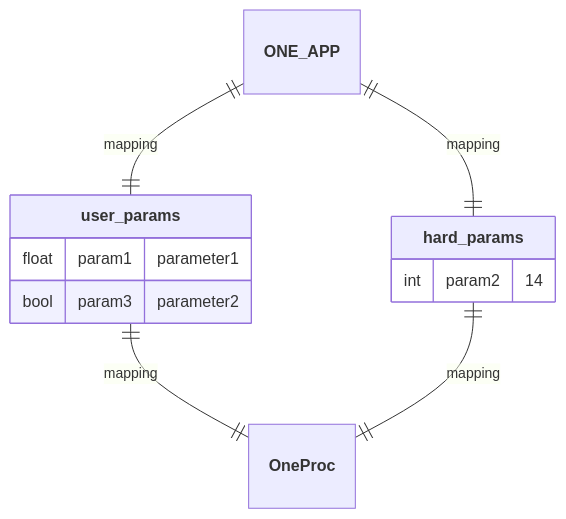
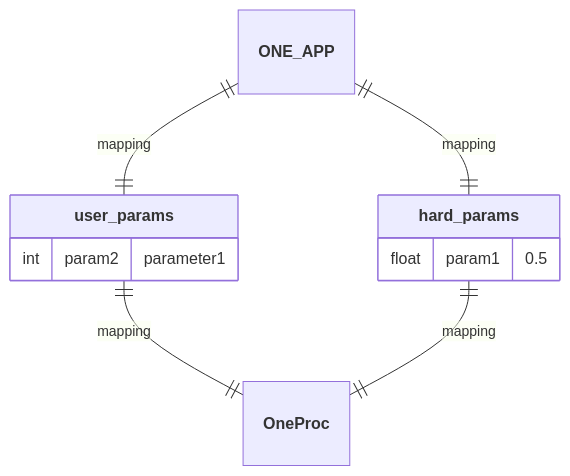
Before and after one commit to nuremics/nuremics: the seventh of 17 diagrams in README.md, drawn with Mermaid. The commit also changed other lines of this file, not shown here.

````diff
--- a/README.md
+++ b/README.md
@@ -214,15 +213,14 @@
 ```mermaid
 erDiagram
   **ONE_APP** ||--|| **user_params** : mapping
   **ONE_APP** ||--|| **hard_params** : mapping
-  **user_params** ||--|| **OneProc**: mapping
-  **hard_params** ||--|| **OneProc**: mapping
+  **user_params** ||--|| **OneProc** : mapping
+  **hard_params** ||--|| **OneProc** : mapping
 
   **user_params** {
-    float param1 "parameter1"
-    bool param3 "parameter2"
+    int param2 "parameter1"
   }
   **hard_params** {
-    int param2 "14"
+    float param1 "0.5"
   }
 ```
````
